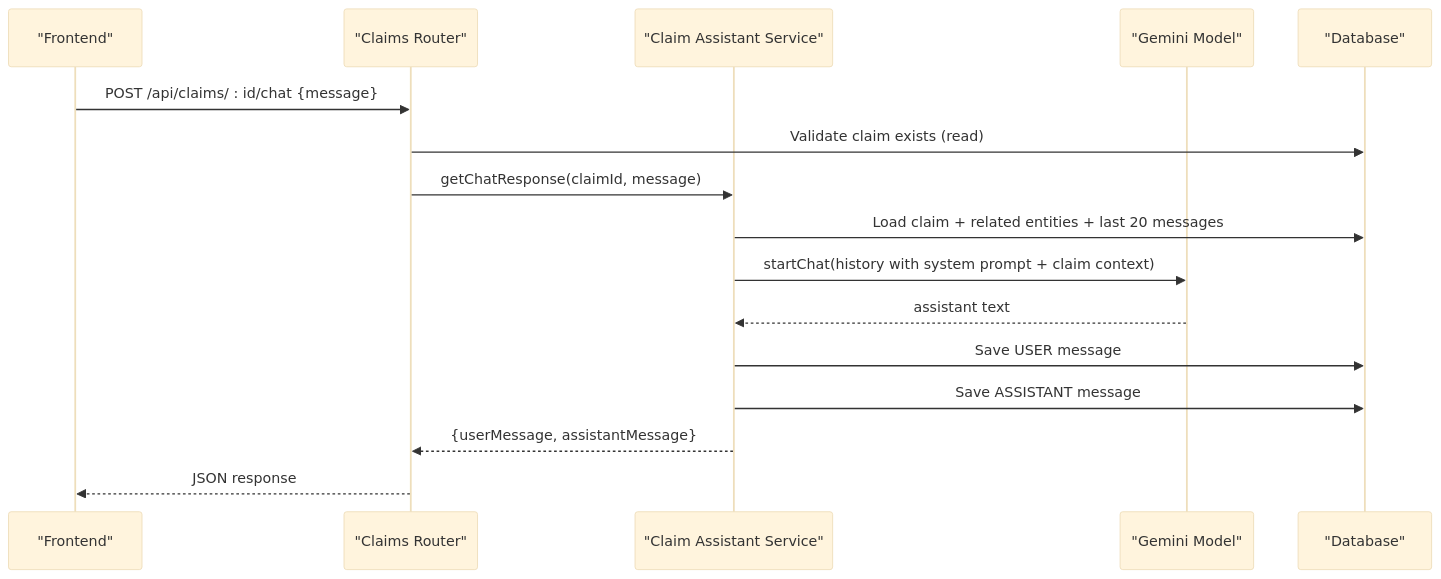
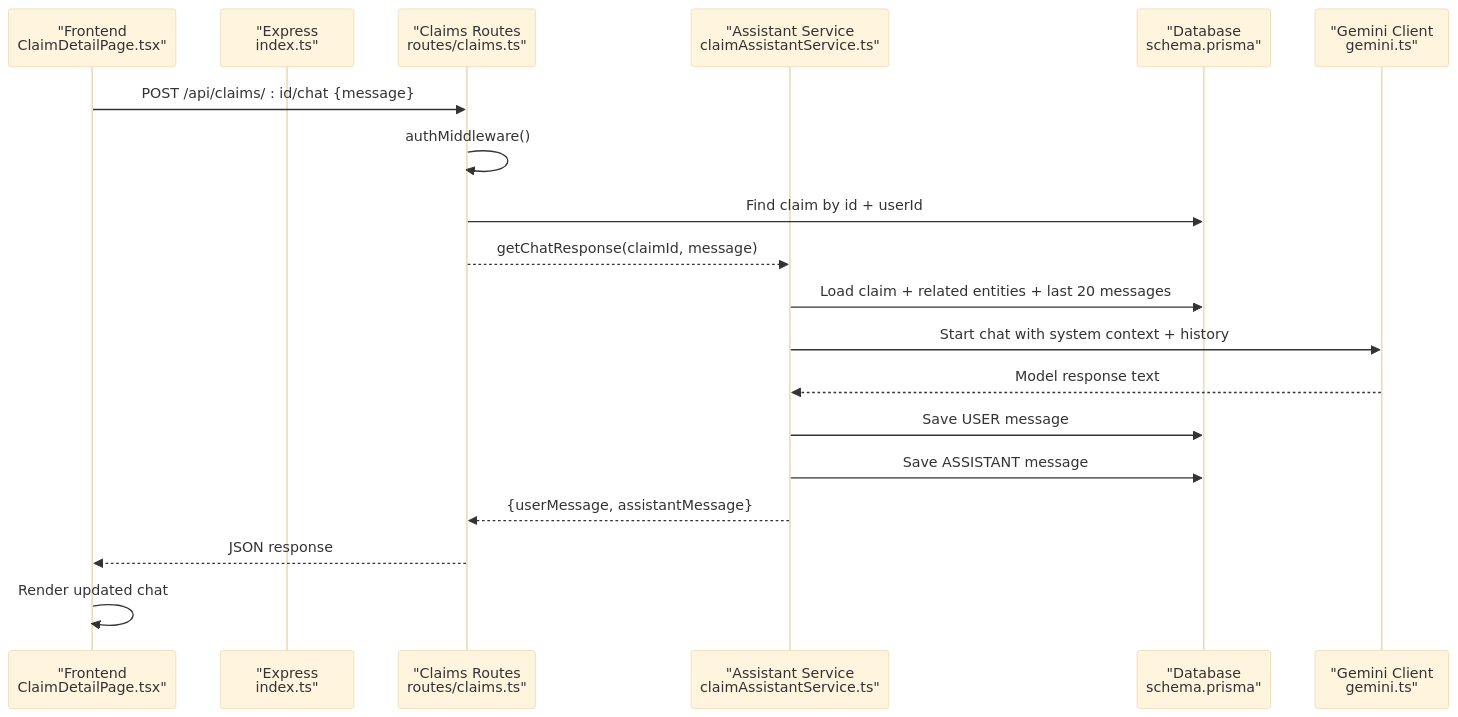
Before and after one commit to NaveenHiranya/Smart-Vehicle-Insurance-Claim-System: the second of 8 diagrams in .qoder/repowiki/en/content/AI Services Integration/Claim Assistant Chat Service.md, drawn with Mermaid (base theme). The commit also changed other lines of this file and 183 other files, not shown here.

````diff
--- a/.qoder/repowiki/en/content/AI Services Integration/Claim Assistant Chat Service.md
+++ b/.qoder/repowiki/en/content/AI Services Integration/Claim Assistant Chat Service.md
@@ -76,18 +77,21 @@
 ```mermaid
 sequenceDiagram
-participant FE as "Frontend"
-participant RT as "Claims Router"
-participant AS as "Claim Assistant Service"
-participant LM as "Gemini Model"
-participant DB as "Database"
+participant FE as "Frontend<br/>ClaimDetailPage.tsx"
+participant API as "Express<br/>index.ts"
+participant RT as "Claims Routes<br/>routes/claims.ts"
+participant AS as "Assistant Service<br/>claimAssistantService.ts"
+participant DB as "Database<br/>schema.prisma"
+participant GM as "Gemini Client<br/>gemini.ts"
 FE->>RT : POST /api/claims/ : id/chat {message}
-RT->>DB : Validate claim exists (read)
-RT->>AS : getChatResponse(claimId, message)
+RT->>RT : authMiddleware()
+RT->>DB : Find claim by id + userId
+RT-->>AS : getChatResponse(claimId, message)
 AS->>DB : Load claim + related entities + last 20 messages
-AS->>LM : startChat(history with system prompt + claim context)
-LM-->>AS : assistant text
+AS->>GM : Start chat with system context + history
+GM-->>AS : Model response text
 AS->>DB : Save USER message
 AS->>DB : Save ASSISTANT message
 AS-->>RT : {userMessage, assistantMessage}
 RT-->>FE : JSON response
+FE->>FE : Render updated chat
 ```
````
